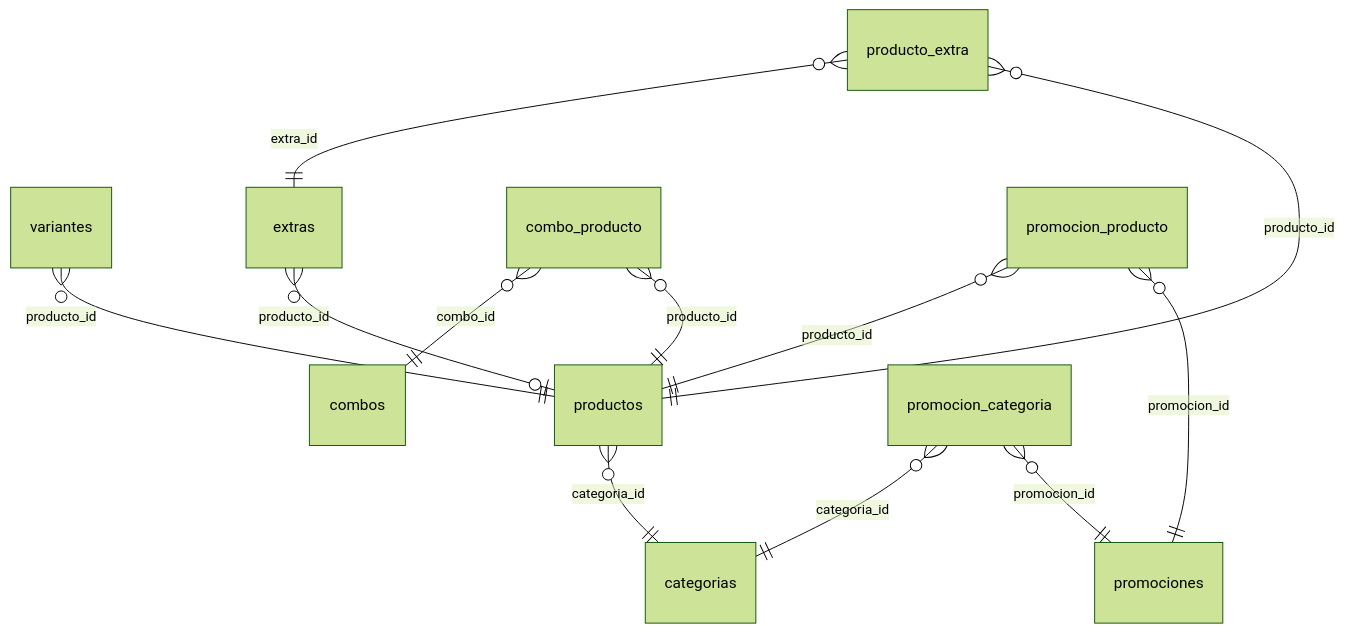
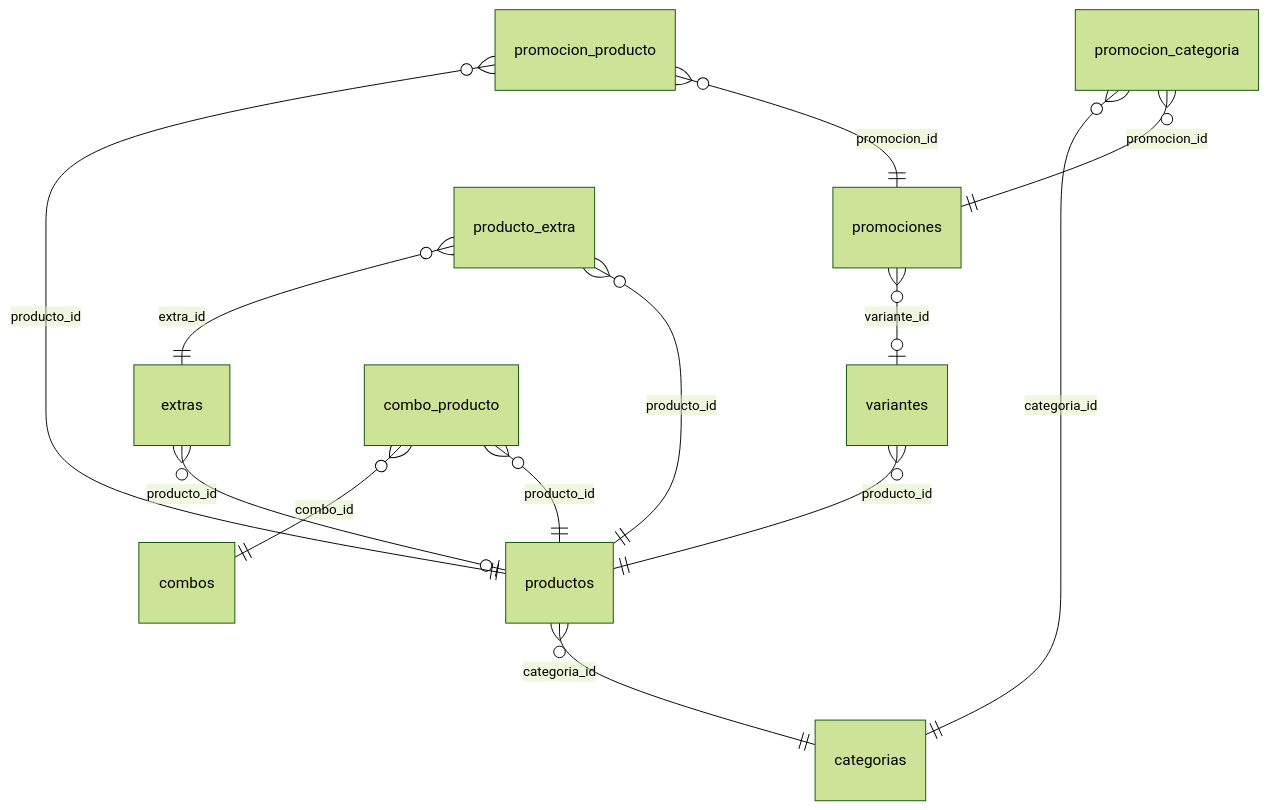
Before and after one commit to Fabian08-Developer/FRAGUA-REAL---SISTEMA-WEB-Y-APK: the first of 5 diagrams in BASE-DE-DATOS.md, drawn with Mermaid (forest theme). The commit also changed other lines of this file and 79 other files, not shown here.

````diff
--- a/BASE-DE-DATOS.md
+++ b/BASE-DE-DATOS.md
@@ -109,14 +109,15 @@
 ```mermaid
 erDiagram
     productos }o--|| categorias : "categoria_id"
     variantes }o--|| productos : "producto_id"
     extras }o--o| productos : "producto_id"
     combo_producto }o--|| combos : "combo_id"
     combo_producto }o--|| productos : "producto_id"
     promocion_producto }o--|| productos : "producto_id"
     promocion_producto }o--|| promociones : "promocion_id"
     promocion_categoria }o--|| categorias : "categoria_id"
     promocion_categoria }o--|| promociones : "promocion_id"
+    promociones }o--o| variantes : "variante_id"
     producto_extra }o--|| extras : "extra_id"
     producto_extra }o--|| productos : "producto_id"
 ```
````
